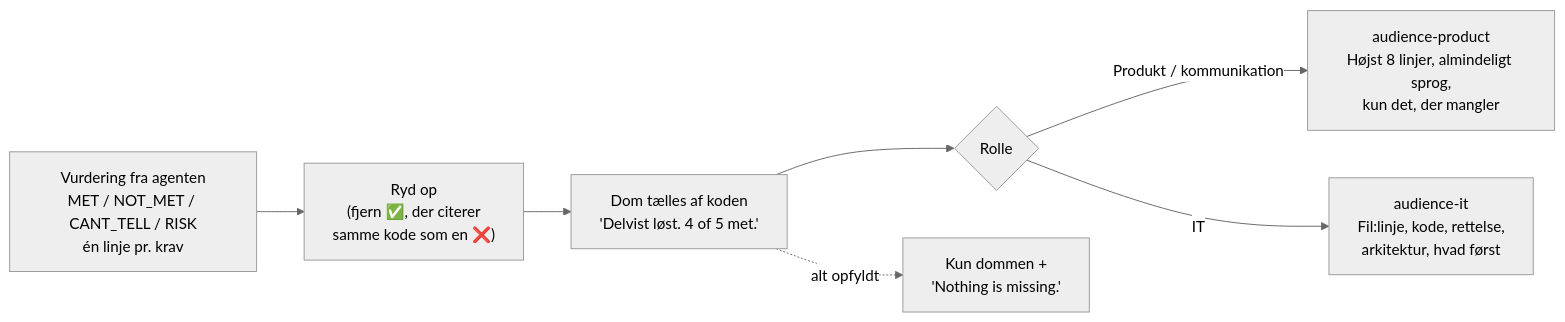
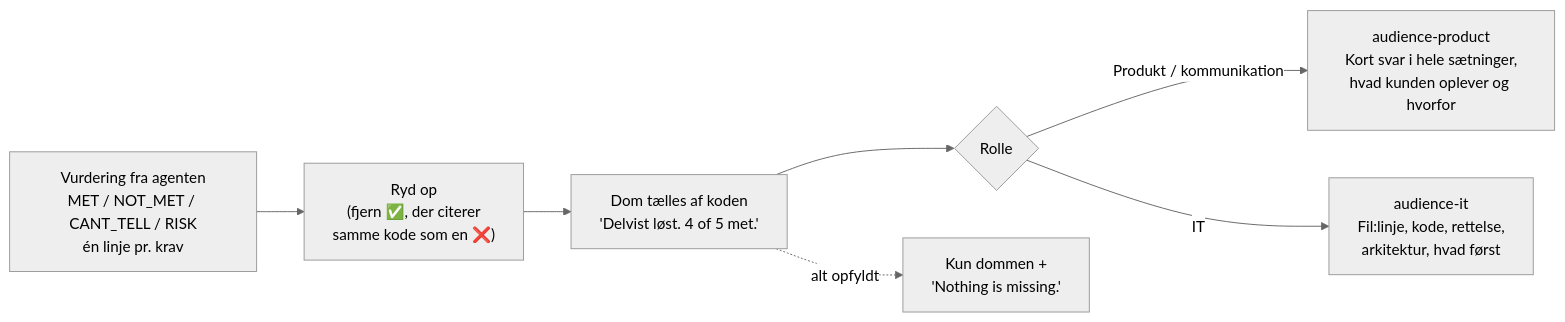
Before and after one commit to AlexanderThomsen0339/agent-anatomy-poc: the sixth of 10 diagrams in AIPlatform/DEMO.md, drawn with Mermaid (neutral theme). The commit also changed other lines of this file and 4 other files, not shown here.

First line of the commit message:
Svar Kommunikation i hele sætninger som en kollega

````diff
--- a/AIPlatform/DEMO.md
+++ b/AIPlatform/DEMO.md
@@ -188,9 +188,9 @@
 ```mermaid
 flowchart LR
     A["Vurdering fra agenten<br/>MET / NOT_MET / CANT_TELL / RISK<br/>én linje pr. krav"] --> CLEAN["Ryd op<br/>(fjern ✅, der citerer<br/>samme kode som en ❌)"]
     CLEAN --> V["Dom tælles af koden<br/>'Delvist løst. 4 of 5 met.'"]
     V --> ROLE{"Rolle"}
-    ROLE -->|Produkt / kommunikation| P["audience-product<br/>Højst 8 linjer, almindeligt sprog,<br/>kun det, der mangler"]
+    ROLE -->|Produkt / kommunikation| P["audience-product<br/>Kort svar i hele sætninger,<br/>hvad kunden oplever og hvorfor"]
     ROLE -->|IT| I["audience-it<br/>Fil:linje, kode, rettelse,<br/>arkitektur, hvad først"]
     V -.->|alt opfyldt| N["Kun dommen +<br/>'Nothing is missing.'"]
 ```
````
